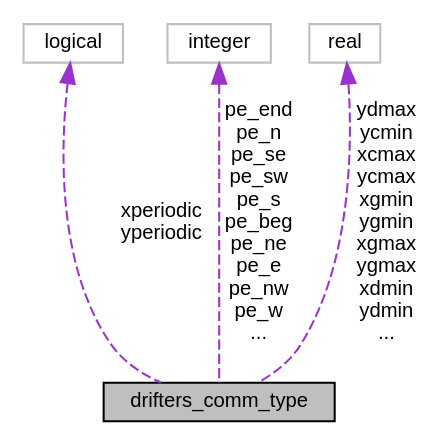
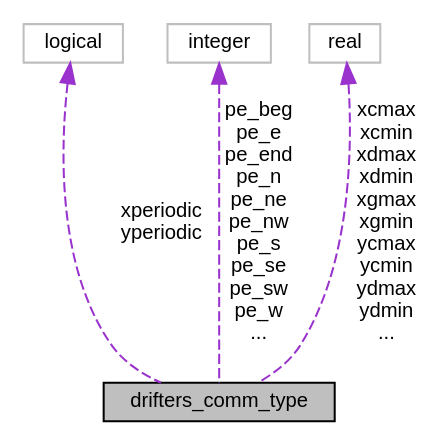
One commit to NOAA-GFDL/FMS changed the diagram in structdrifters__comm__mod_1_1drifters__comm__type__coll__graph.dot. Above: the diagram before and after it, drawn with Graphviz. The commit also changed 3119 other files, not shown here.

```diff
--- a/structdrifters__comm__mod_1_1drifters__comm__type__coll__graph.dot
+++ b/structdrifters__comm__mod_1_1drifters__comm__type__coll__graph.dot
@@ -1,14 +1,14 @@
 digraph "drifters_comm_type"
 {
  // INTERACTIVE_SVG=YES
  // LATEX_PDF_SIZE
   edge [fontname="Helvetica",fontsize="10",labelfontname="Helvetica",labelfontsize="10"];
   node [fontname="Helvetica",fontsize="10",shape=record];
   Node1 [label="drifters_comm_type",height=0.2,width=0.4,color="black", fillcolor="grey75", style="filled", fontcolor="black",tooltip="Type for drifter communication between PE's."];
   Node2 -> Node1 [dir="back",color="darkorchid3",fontsize="10",style="dashed",label=" xperiodic\nyperiodic" ,fontname="Helvetica"];
   Node2 [label="logical",height=0.2,width=0.4,color="grey75", fillcolor="white", style="filled",tooltip=" "];
-  Node3 -> Node1 [dir="back",color="darkorchid3",fontsize="10",style="dashed",label=" pe_end\npe_n\npe_se\npe_sw\npe_s\npe_beg\npe_ne\npe_e\npe_nw\npe_w\n..." ,fontname="Helvetica"];
+  Node3 -> Node1 [dir="back",color="darkorchid3",fontsize="10",style="dashed",label=" pe_beg\npe_e\npe_end\npe_n\npe_ne\npe_nw\npe_s\npe_se\npe_sw\npe_w\n..." ,fontname="Helvetica"];
   Node3 [label="integer",height=0.2,width=0.4,color="grey75", fillcolor="white", style="filled",tooltip=" "];
-  Node4 -> Node1 [dir="back",color="darkorchid3",fontsize="10",style="dashed",label=" ydmax\nycmin\nxcmax\nycmax\nxgmin\nygmin\nxgmax\nygmax\nxdmin\nydmin\n..." ,fontname="Helvetica"];
+  Node4 -> Node1 [dir="back",color="darkorchid3",fontsize="10",style="dashed",label=" xcmax\nxcmin\nxdmax\nxdmin\nxgmax\nxgmin\nycmax\nycmin\nydmax\nydmin\n..." ,fontname="Helvetica"];
   Node4 [label="real",height=0.2,width=0.4,color="grey75", fillcolor="white", style="filled",tooltip=" "];
 }
```
